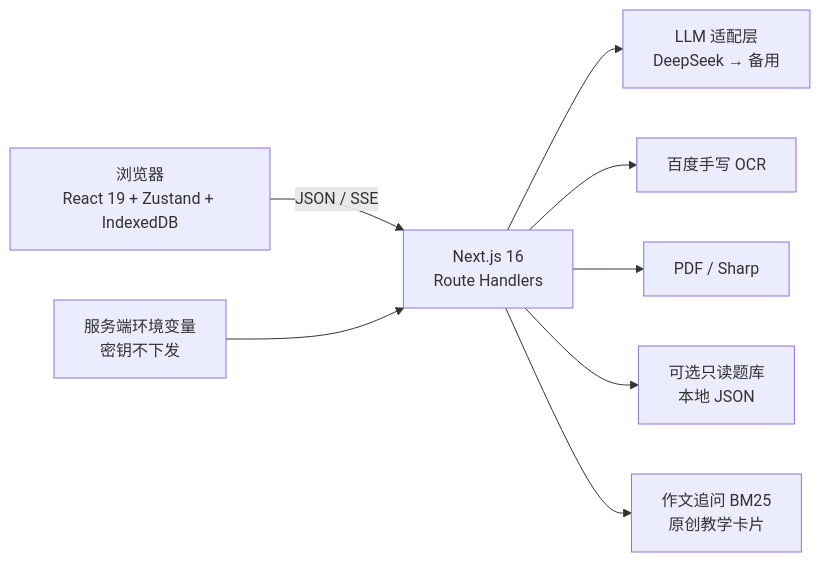
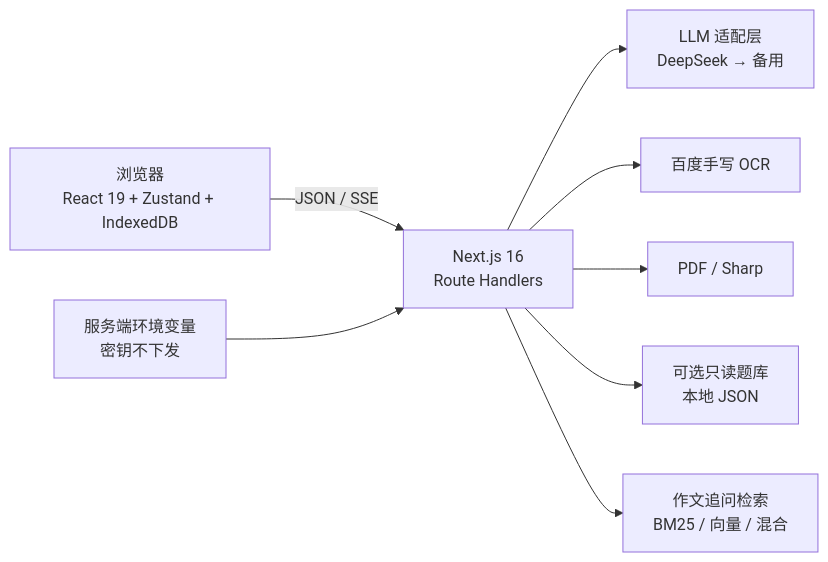
Before and after one commit to jayfeng7/kaoyan-english-assistant: the diagram in README.md, drawn with Mermaid. The commit also changed other lines of this file and 23 other files, not shown here.

````diff
--- a/README.md
+++ b/README.md
@@ -37,10 +37,10 @@
 ```mermaid
 flowchart LR
   B[浏览器<br/>React 19 + Zustand + IndexedDB] -->|JSON / SSE| N[Next.js 16<br/>Route Handlers]
   N --> L[LLM 适配层<br/>DeepSeek → 备用]
   N --> O[百度手写 OCR]
   N --> P[PDF / Sharp]
   N --> D[可选只读题库<br/>本地 JSON]
-  N --> R[作文追问 BM25<br/>原创教学卡片]
+  N --> R[作文追问检索<br/>BM25 / 向量 / 混合]
   K[服务端环境变量<br/>密钥不下发] --> N
 ```
````
